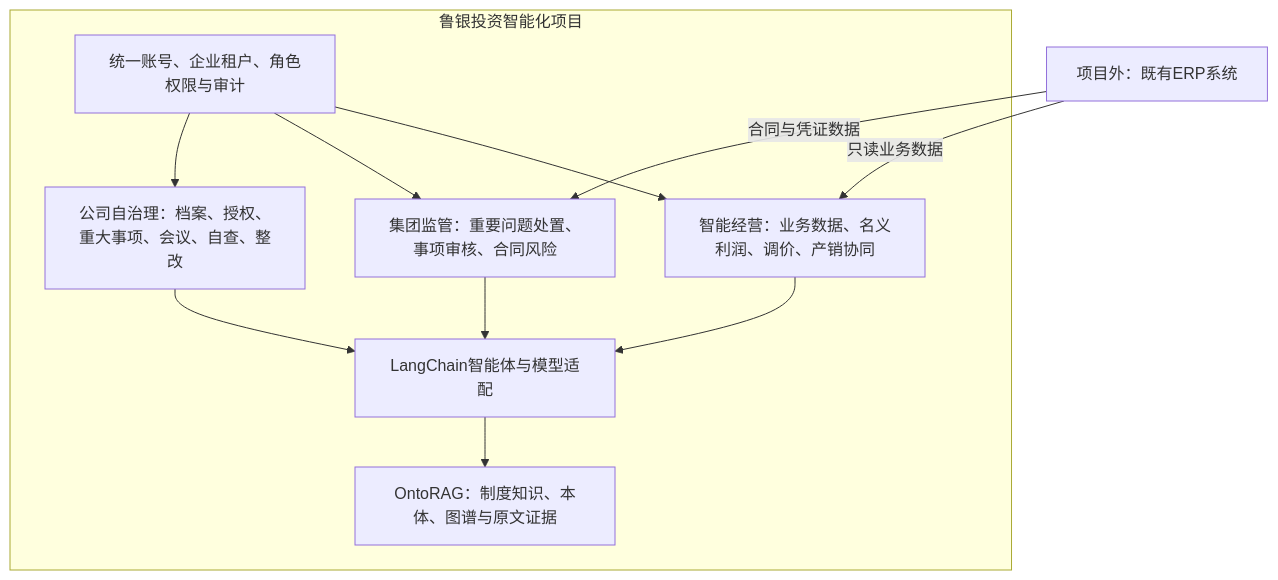
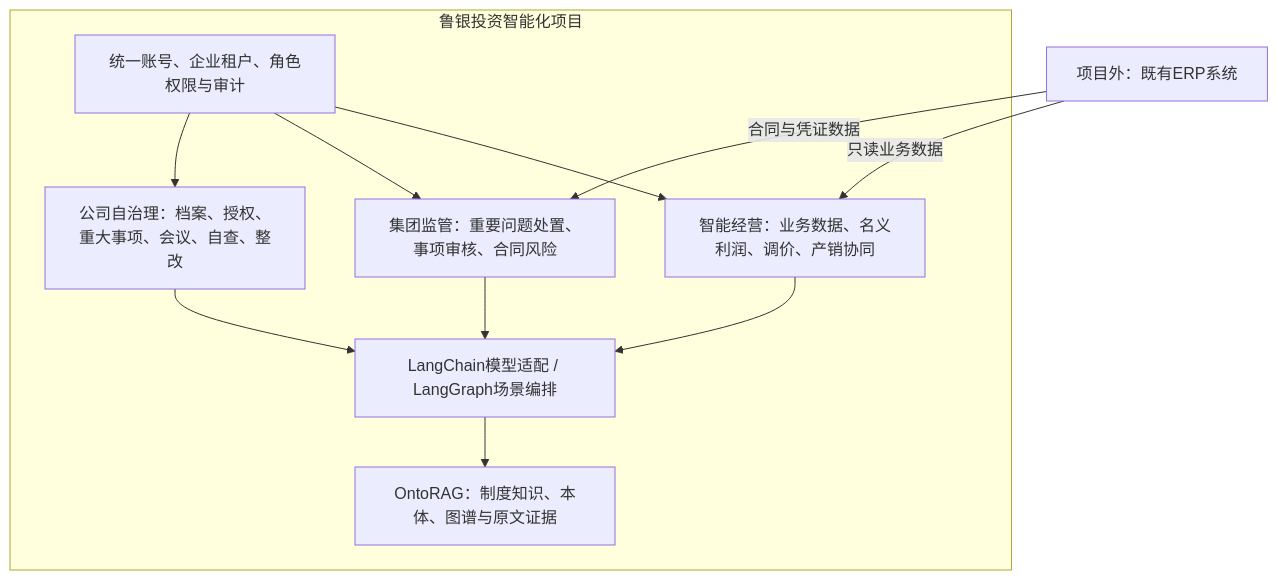
The first of 3 diagrams in README.md (335691851/Luyin-AIP), drawn with Mermaid before and after one commit. The commit also changed other lines of this file and 12 other files, not shown here.

````diff
--- a/README.md
+++ b/README.md
@@ -30,21 +30,21 @@
 ```mermaid
 flowchart TB
   ERP[项目外：既有ERP系统]
   subgraph PROJECT[鲁银投资智能化项目]
     BASE[统一账号、企业租户、角色权限与审计]
     OP[智能经营：业务数据、名义利润、调价、产销协同]
     GROUP[集团监管：重要问题处置、事项审核、合同风险]
     COMPANY[公司自治理：档案、授权、重大事项、会议、自查、整改]
-    AI[LangChain智能体与模型适配]
+    AI[LangChain模型适配 / LangGraph场景编排]
     KG[OntoRAG：制度知识、本体、图谱与原文证据]
     BASE --> OP
     BASE --> GROUP
     BASE --> COMPANY
     OP --> AI
     GROUP --> AI
     COMPANY --> AI
     AI --> KG
   end
   ERP -->|只读业务数据| OP
   ERP -->|合同与凭证数据| GROUP
 ```
````
